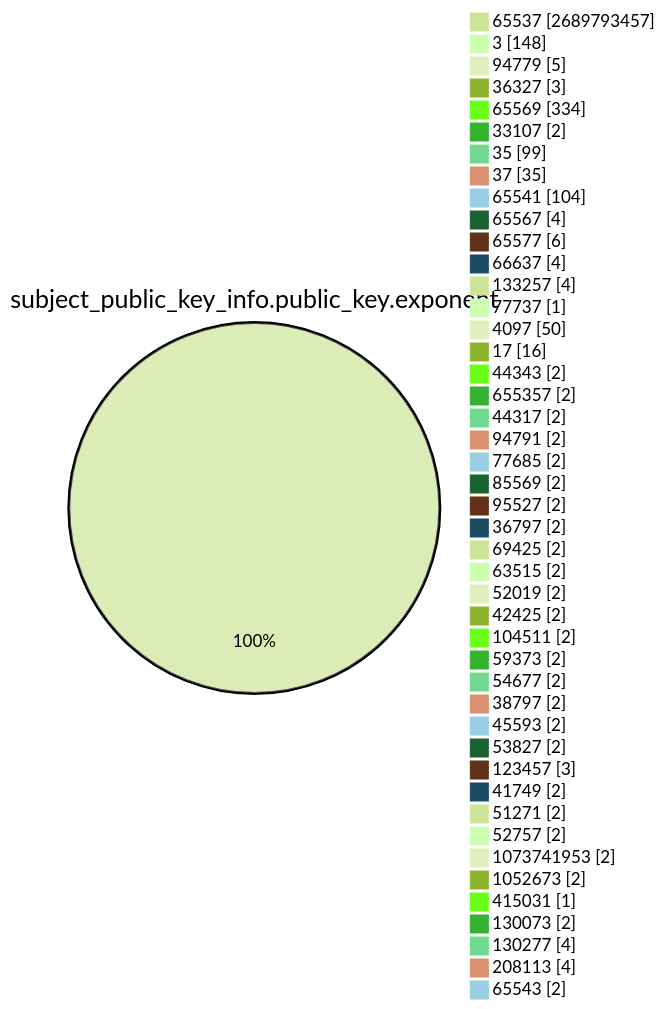
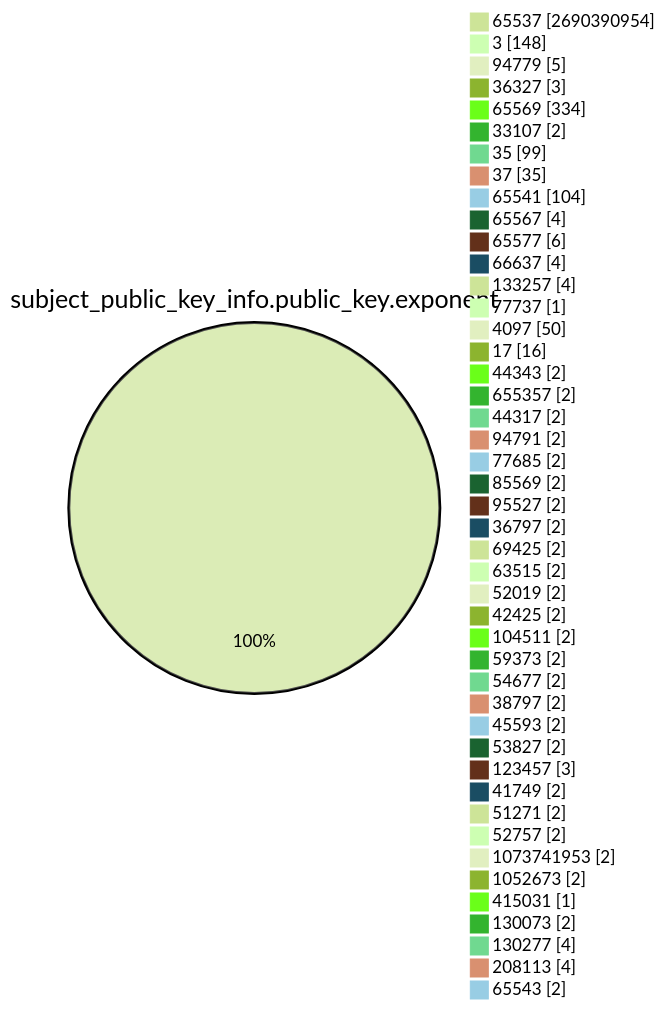
Before and after one commit to christiankrug/ctmonitor_visualization: the fourth of 15 diagrams in TOTAL/README.md, drawn with Mermaid (forest theme). The commit also changed other lines of this file, not shown here.

````diff
--- a/TOTAL/README.md
+++ b/TOTAL/README.md
@@ -1467,49 +1467,49 @@
 ```mermaid
 pie showData
 title subject_public_key_info.public_key.exponent
-"65537" :2689793457
+"65537" :2690390954
 "3" :148
 "94779" :5
 "36327" :3
 "65569" :334
 "33107" :2
 "35" :99
 "37" :35
 "65541" :104
 "65567" :4
 "65577" :6
 "66637" :4
 "133257" :4
 "77737" :1
 "4097" :50
 "17" :16
 "44343" :2
 "655357" :2
 "44317" :2
 "94791" :2
 "77685" :2
 "85569" :2
 "95527" :2
 "36797" :2
 "69425" :2
 "63515" :2
 "52019" :2
 "42425" :2
 "104511" :2
 "59373" :2
 "54677" :2
 "38797" :2
 "45593" :2
 "53827" :2
 "123457" :3
 "41749" :2
 "51271" :2
 "52757" :2
 "1073741953" :2
 "1052673" :2
 "415031" :1
 "130073" :2
 "130277" :4
 "208113" :4
 "65543" :2
 ```
````
